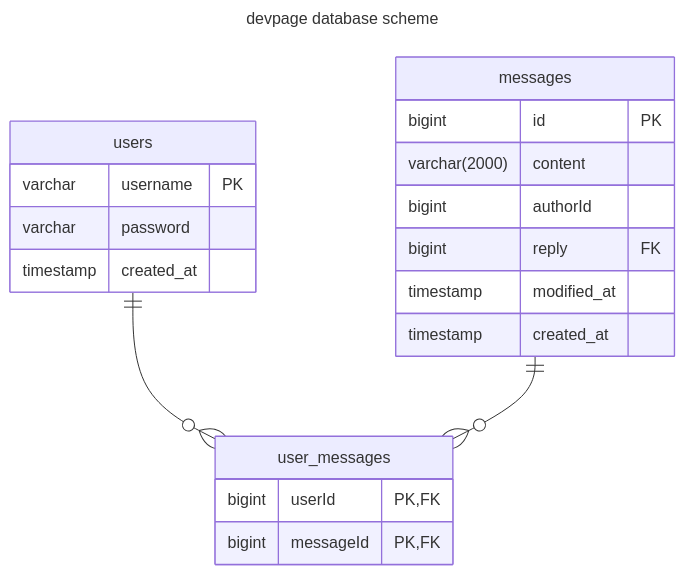
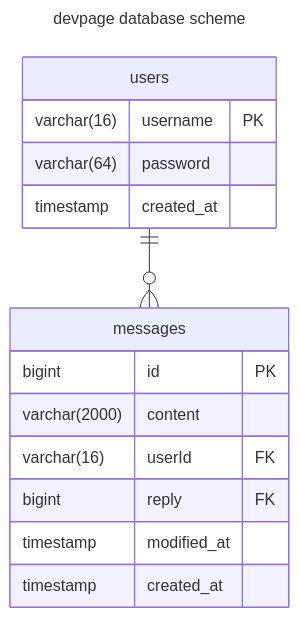
One commit to ilfey/devback changed the first of 2 diagrams in README.md. Above: the diagram before and after it, drawn with Mermaid. The commit also changed other lines of this file and 2 other files, not shown here.

````diff
--- a/README.md
+++ b/README.md
@@ -15,29 +15,23 @@
 ```mermaid
 ---
 title: "devpage database scheme"
 ---
 
 erDiagram
     users {
-        varchar username PK
-        varchar password
+        varchar(16) username PK
+        varchar(64) password
         timestamp created_at
-    }
-
-    user_messages {
-        bigint userId PK, FK
-        bigint messageId PK, FK
     }
 
     messages {
         bigint id PK
         varchar(2000) content
-        bigint authorId
+        varchar(16) userId FK
         bigint reply FK
         timestamp modified_at
         timestamp created_at
     }
 
-    users only one to zero or many user_messages : ""
-    messages only one to zero or many user_messages : ""
+    users only one to zero or many messages : ""
 ```
````
